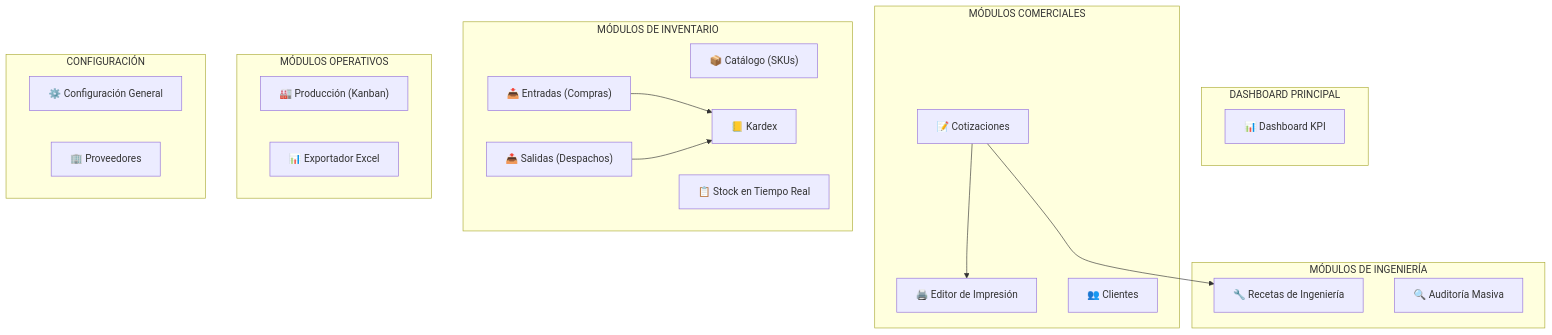
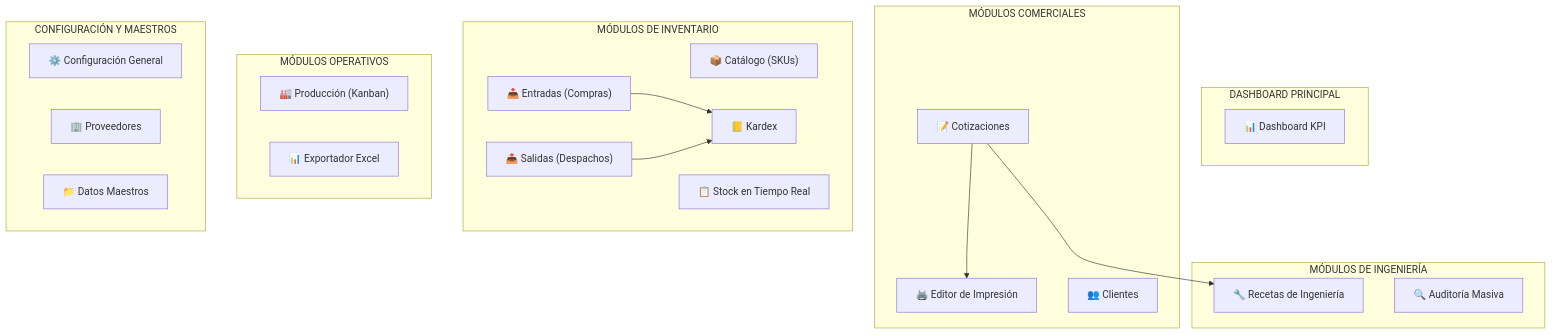
One commit to redentor159/sistema-erp-inventario changed the diagram in docs/03_MODULOS_Y_FUNCIONALIDADES.md. Above: the diagram before and after it, drawn with Mermaid. The commit also changed other lines of this file and 24 other files, not shown here.

````diff
--- a/docs/03_MODULOS_Y_FUNCIONALIDADES.md
+++ b/docs/03_MODULOS_Y_FUNCIONALIDADES.md
@@ -15,40 +15,41 @@
 ```mermaid
 graph TB
     subgraph "DASHBOARD PRINCIPAL"
         DASH["📊 Dashboard KPI"]
     end
 
     subgraph "MÓDULOS COMERCIALES"
         COT["📝 Cotizaciones"]
         PRINT["🖨️ Editor de Impresión"]
         CLI["👥 Clientes"]
     end
 
     subgraph "MÓDULOS DE INVENTARIO"
         CAT["📦 Catálogo (SKUs)"]
         INV["📋 Stock en Tiempo Real"]
         ENT["📥 Entradas (Compras)"]
         SAL["📤 Salidas (Despachos)"]
         KDX["📒 Kardex"]
     end
 
     subgraph "MÓDULOS DE INGENIERÍA"
         REC["🔧 Recetas de Ingeniería"]
         AUD["🔍 Auditoría Masiva"]
     end
 
     subgraph "MÓDULOS OPERATIVOS"
         PROD["🏭 Producción (Kanban)"]
         EXP["📊 Exportador Excel"]
     end
 
-    subgraph "CONFIGURACIÓN"
+    subgraph "CONFIGURACIÓN Y MAESTROS"
         CONF["⚙️ Configuración General"]
         PROV["🏢 Proveedores"]
+        MST["📁 Datos Maestros"]
     end
 
     COT --> PRINT
     COT --> REC
     ENT --> KDX
     SAL --> KDX
 ```
````
